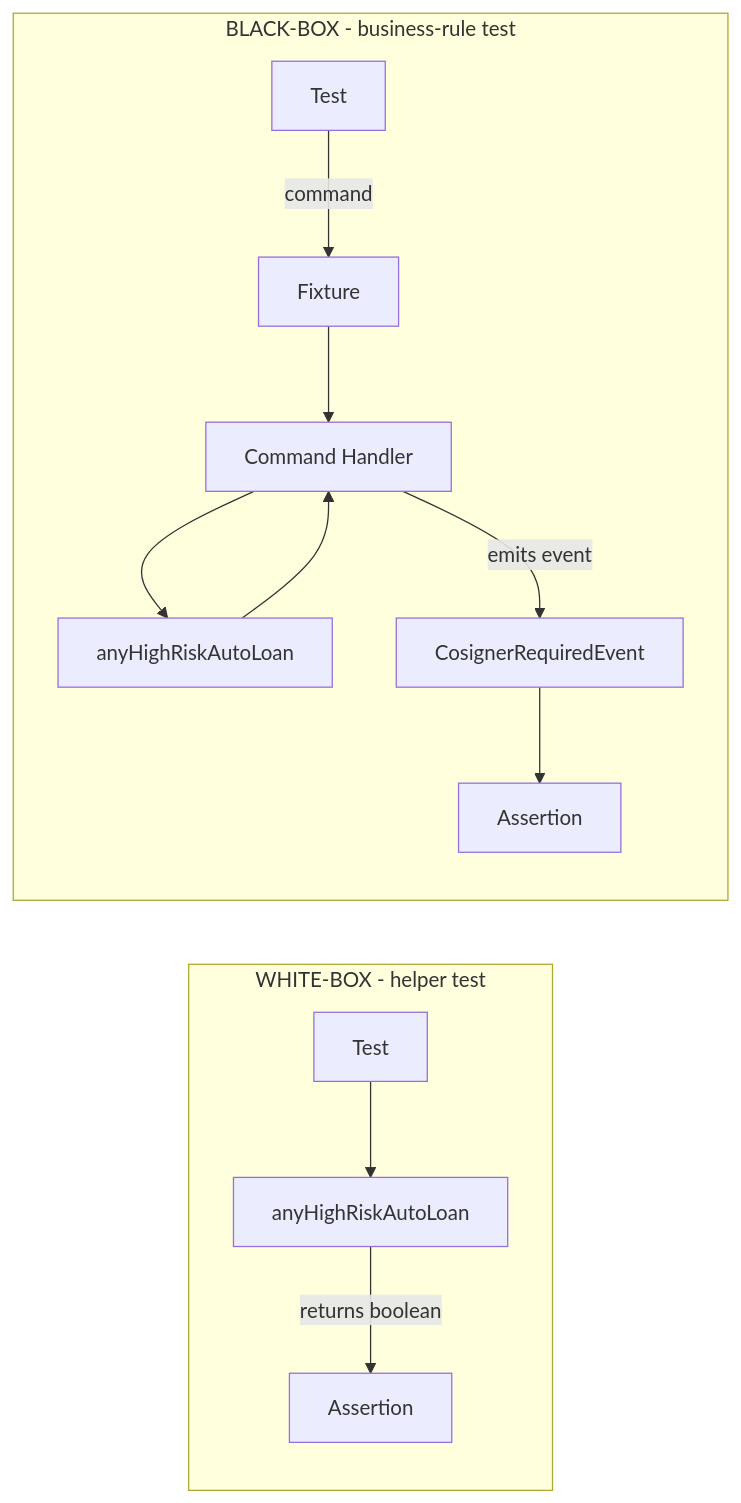
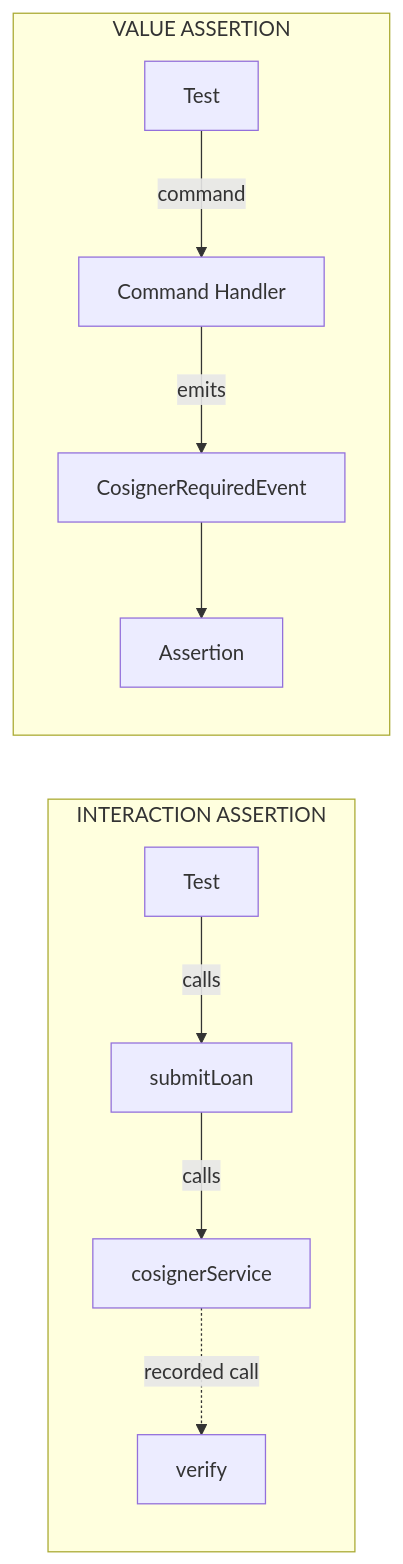
The first of 2 diagrams in mkdocs/docs/blog/posts/2026/2026-07-20-test-the-business-rule-not-the-helper/index.md (AndreWohnsland/opencqrs), drawn with Mermaid before and after one commit. The commit also changed other lines of this file, not shown here.

````diff
--- a/mkdocs/docs/blog/posts/2026/2026-07-20-test-the-business-rule-not-the-helper/index.md
+++ b/mkdocs/docs/blog/posts/2026/2026-07-20-test-the-business-rule-not-the-helper/index.md
@@ -88,15 +180,13 @@
 ```mermaid
 graph LR
-  subgraph WhiteBox["WHITE-BOX - helper test"]
-    T1[Test] --> H1[anyHighRiskAutoLoan]
-    H1 -->|returns boolean| A1[Assertion]
+  subgraph Interaction["INTERACTION ASSERTION"]
+    T1[Test] -->|calls| S[submitLoan]
+    S -->|calls| C[cosignerService]
+    C -.->|recorded call| A1[verify]
   end
-  subgraph BlackBox["BLACK-BOX - business-rule test"]
-    T2[Test] -->|command| F[Fixture]
-    F --> CH[Command Handler]
-    CH --> Helper[anyHighRiskAutoLoan]
-    Helper --> CH
-    CH -->|emits event| E[CosignerRequiredEvent]
+  subgraph Value["VALUE ASSERTION"]
+    T2[Test] -->|command| CH[Command Handler]
+    CH -->|emits| E[CosignerRequiredEvent]
     E --> A2[Assertion]
   end
 ```
````
